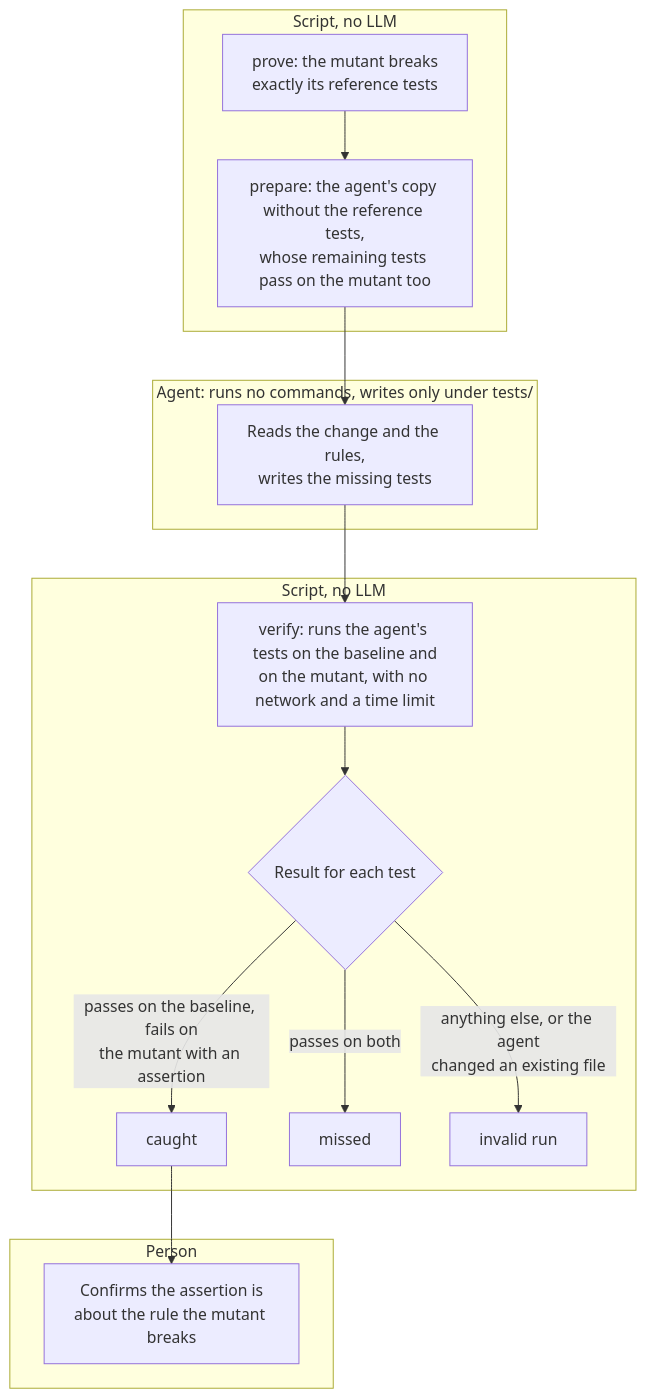
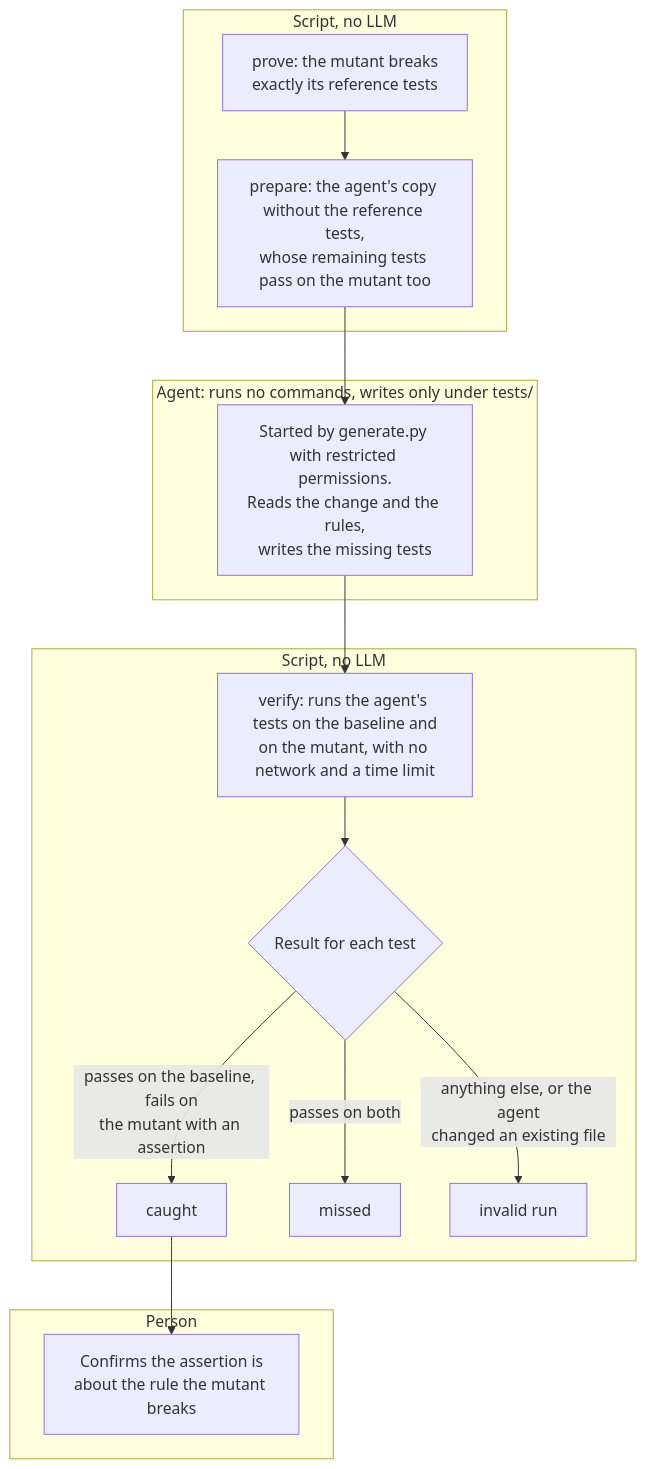
The diagram in guard/README.md (furkankuscu08/blue_harvest), drawn with Mermaid before and after one commit. The commit also changed 2 other files, not shown here.

Commit message:
Keep the screen cards the same size; name where the second tab sits in the example

````diff
--- a/guard/README.md
+++ b/guard/README.md
@@ -7,24 +7,24 @@
 ```mermaid
 flowchart TD
     subgraph S1["Script, no LLM"]
         A["prove: the mutant breaks<br>exactly its reference tests"]
         B["prepare: the agent's copy without the reference tests,<br>whose remaining tests pass on the mutant too"]
         A --> B
     end
     subgraph S2["Agent: runs no commands, writes only under tests/"]
-        C["Reads the change and the rules,<br>writes the missing tests"]
+        C["Started by generate.py with restricted permissions.<br>Reads the change and the rules,<br>writes the missing tests"]
     end
     subgraph S3["Script, no LLM"]
         D["verify: runs the agent's tests on the baseline and<br>on the mutant, with no network and a time limit"]
         E{"Result for each test"}
         D --> E
         E -->|"passes on the baseline, fails on<br>the mutant with an assertion"| F["caught"]
         E -->|"passes on both"| G["missed"]
         E -->|"anything else, or the agent<br>changed an existing file"| H["invalid run"]
     end
     subgraph S4["Person"]
         I["Confirms the assertion is<br>about the rule the mutant breaks"]
     end
     B --> C --> D
     F --> I
 ```
````
